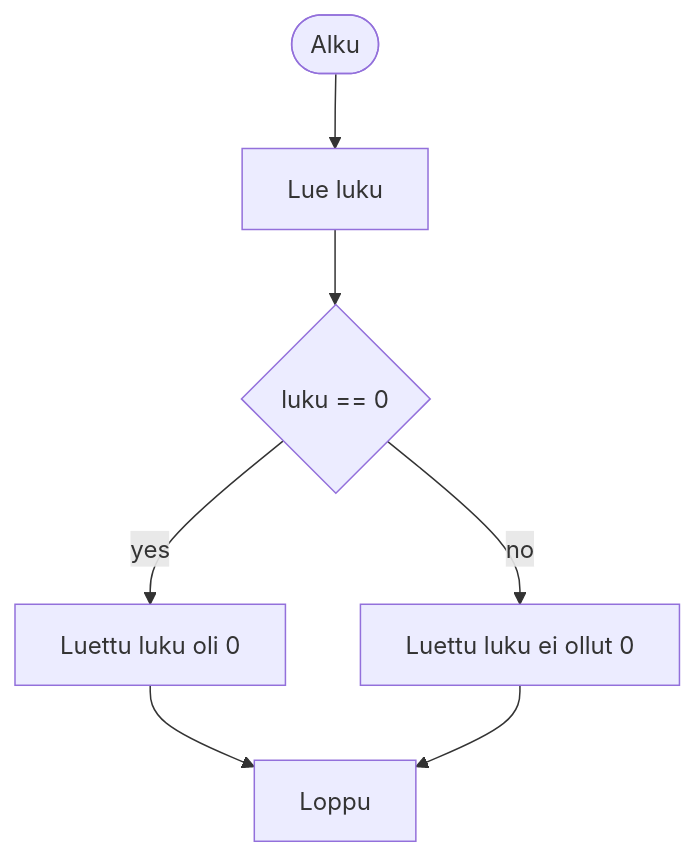
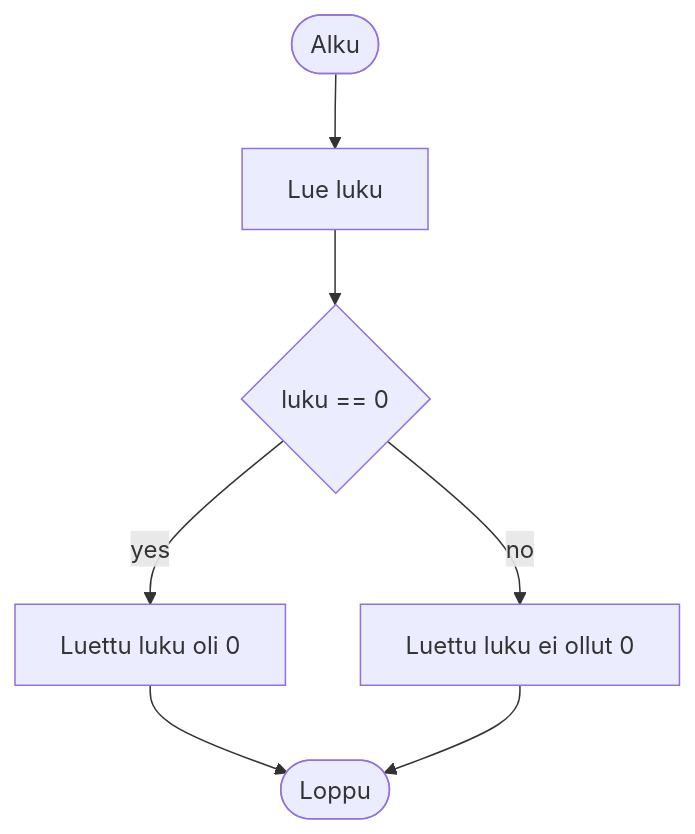
Before and after one commit to Anssi22/vuokaaviot: the fifth of 6 diagrams in README.md, drawn with Mermaid. The commit also changed other lines of this file, not shown here.

````diff
--- a/README.md
+++ b/README.md
@@ -53,9 +56,9 @@
 ```mermaid
 graph TD;
     A([Alku]) --> B[Lue luku]
     B --> C{luku == 0}
     C -- yes --> D["Luettu luku oli 0"]
     C -- no --> E["Luettu luku ei ollut 0"]
-    D --> F[Loppu]
-    E --> F[Loppu]
+    D --> F([Loppu])
+    E --> F([Loppu])
 ```
````
